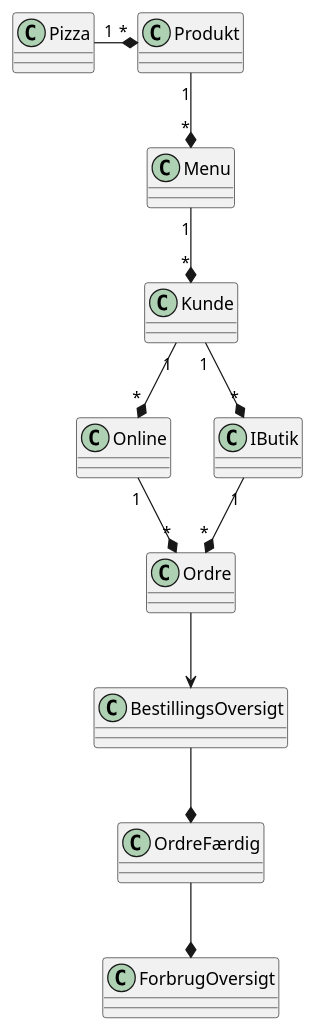
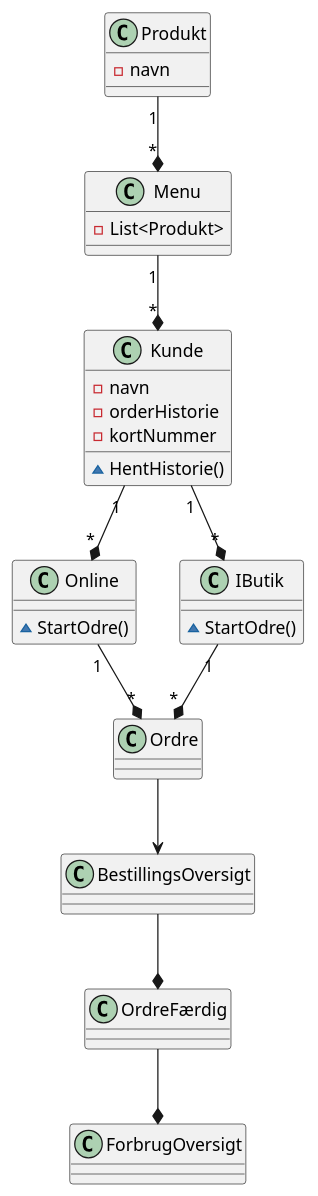
Before and after one commit to Mfknudsen/SP3_Mario: the diagram in Mario/src/puml/domain.puml, drawn with PlantUML. The commit also changed 5 other files, not shown here.

```diff
--- a/Mario/src/puml/domain.puml
+++ b/Mario/src/puml/domain.puml
@@ -1,12 +1,51 @@
 @startuml
-Pizza "1" -* "*" Produkt
+class Kunde {
+-navn
+-orderHistorie
+-kortNummer
+
+~HentHistorie()
+}
+
+class Menu{
+-List<Produkt>
+}
+
+class Produkt {
+-navn
+}
+
+class Online {
+~StartOdre()
+}
+
+class IButik{
+~StartOdre()
+}
+
+class Ordre {
+
+}
+
+class BestillingsOversigt {
+
+}
+
+class OrdreFærdig {
+
+}
+
+class ForbrugOversigt {
+
+}
+
 Ordre --> BestillingsOversigt
 Produkt "1" --* "*" Menu
 Menu "1" --* "*" Kunde
 Kunde "1" --* "*" Online
 Kunde "1" --* "*" IButik
 Online "1" --* "*" Ordre
 IButik "1" --* "*" Ordre
 BestillingsOversigt --* OrdreFærdig
 OrdreFærdig --* ForbrugOversigt
 @enduml
```
